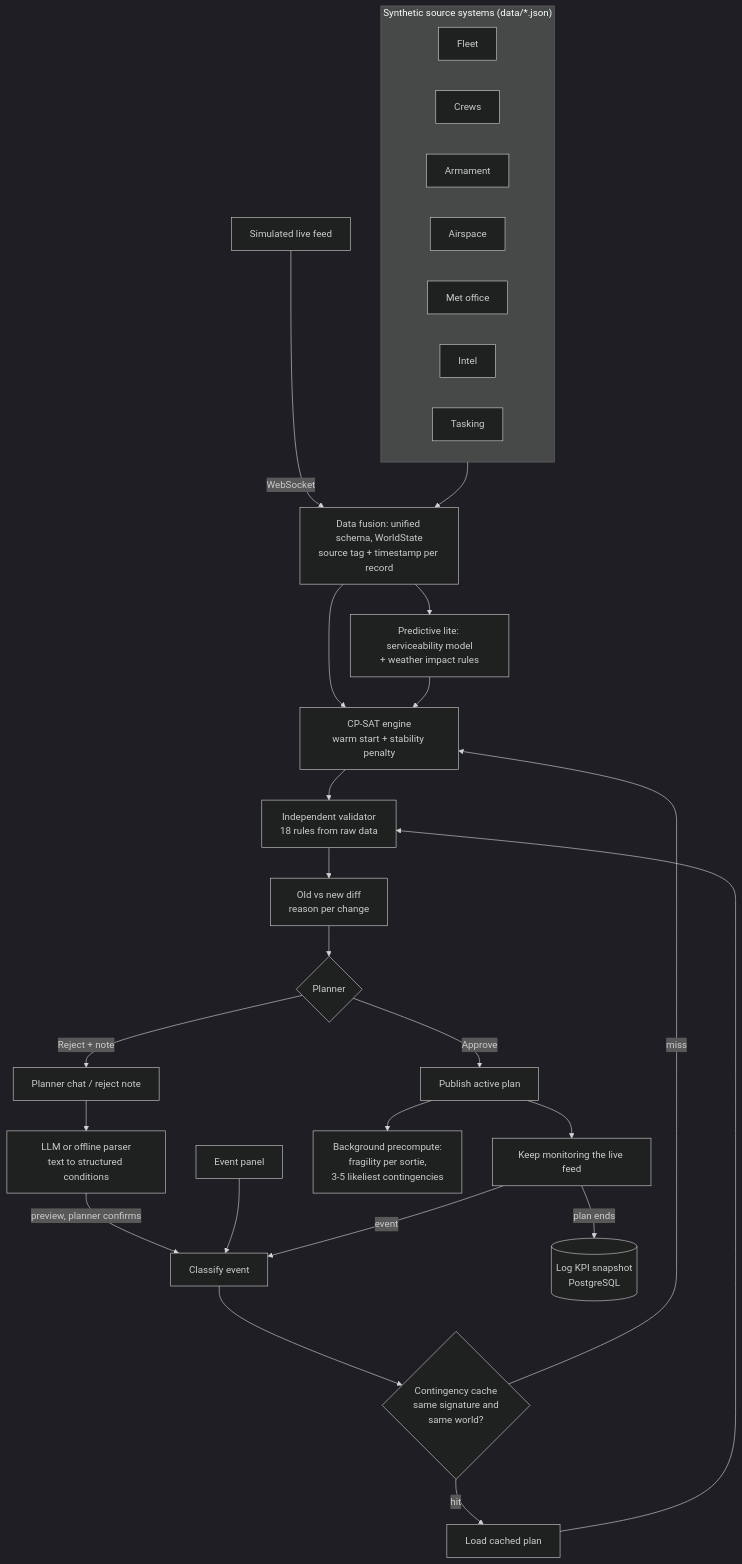
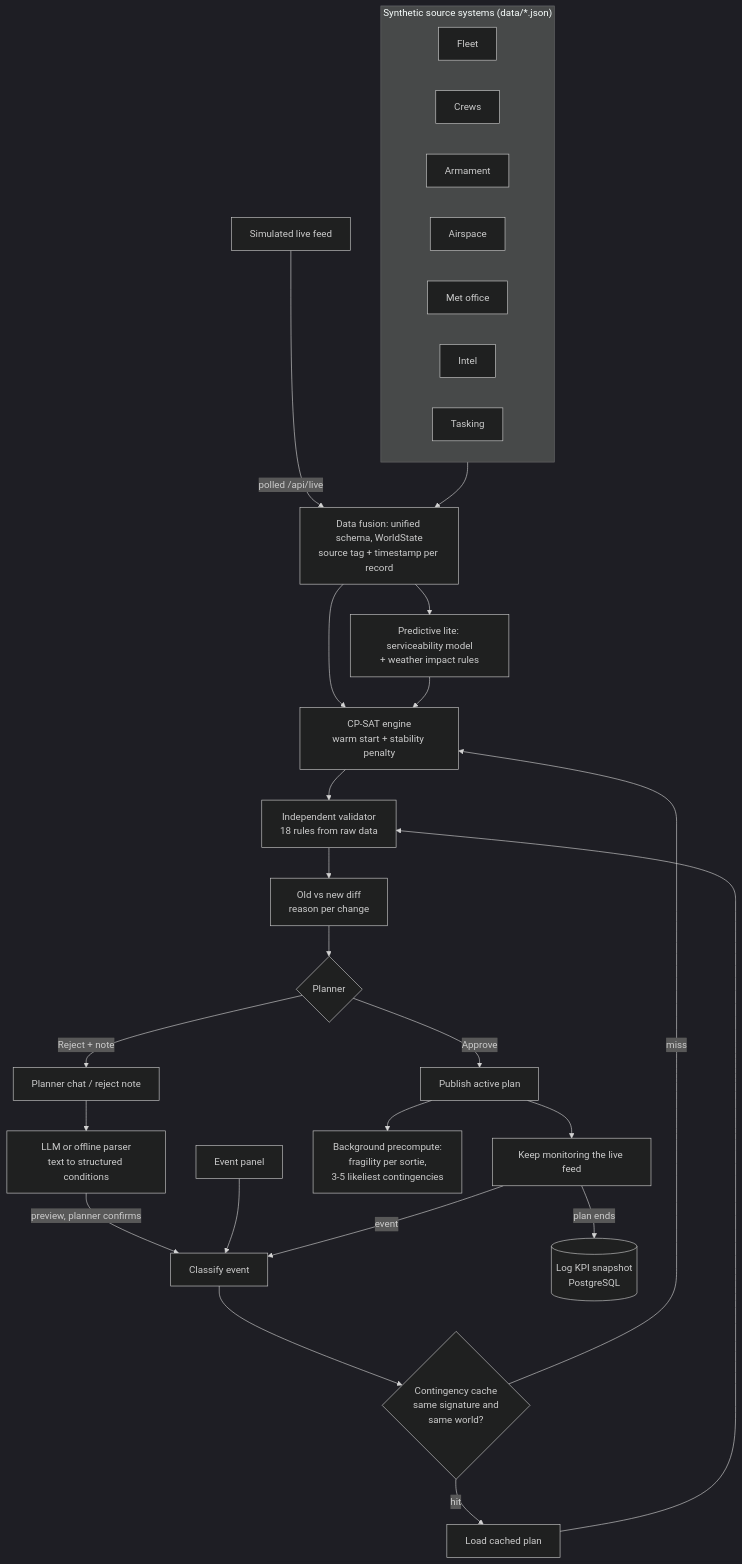
One commit to Eduman1551/Aeolus-SIH-Project changed the diagram in docs/DETAILS.md. Above: the diagram before and after it, drawn with Mermaid (dark theme). The commit also changed other lines of this file and 1 other file, not shown here.

````diff
--- a/docs/DETAILS.md
+++ b/docs/DETAILS.md
@@ -23,27 +23,27 @@
 ```mermaid
 flowchart TD
     subgraph Sources["Synthetic source systems (data/*.json)"]
         F[Fleet] & C[Crews] & W[Armament] & A[Airspace] & M[Met office] & I[Intel] & T[Tasking]
     end
     Sources --> FU[Data fusion: unified schema, WorldState<br/>source tag + timestamp per record]
-    LF[Simulated live feed] -->|WebSocket| FU
+    LF[Simulated live feed] -->|polled /api/live| FU
     FU --> P[Predictive lite: serviceability model<br/>+ weather impact rules]
     CH[Planner chat / reject note] --> LLM[LLM or offline parser<br/>text to structured conditions]
     LLM -->|preview, planner confirms| EV
     EP[Event panel] --> EV[Classify event]
     FU --> S
     P --> S[CP-SAT engine<br/>warm start + stability penalty]
     EV --> CC{Contingency cache<br/>same signature and<br/>same world?}
     CC -->|hit| LOAD[Load cached plan]
     CC -->|miss| S
     S --> V[Independent validator<br/>18 rules from raw data]
     LOAD --> V
     V --> D[Old vs new diff<br/>reason per change]
     D --> H{Planner}
     H -->|Reject + note| CH
     H -->|Approve| PUB[Publish active plan]
     PUB --> PRE[Background precompute:<br/>fragility per sortie,<br/>3-5 likeliest contingencies]
     PUB --> MON[Keep monitoring the live feed]
     MON -->|event| EV
     MON -->|plan ends| KPI[(Log KPI snapshot<br/>PostgreSQL)]
 ```
````
